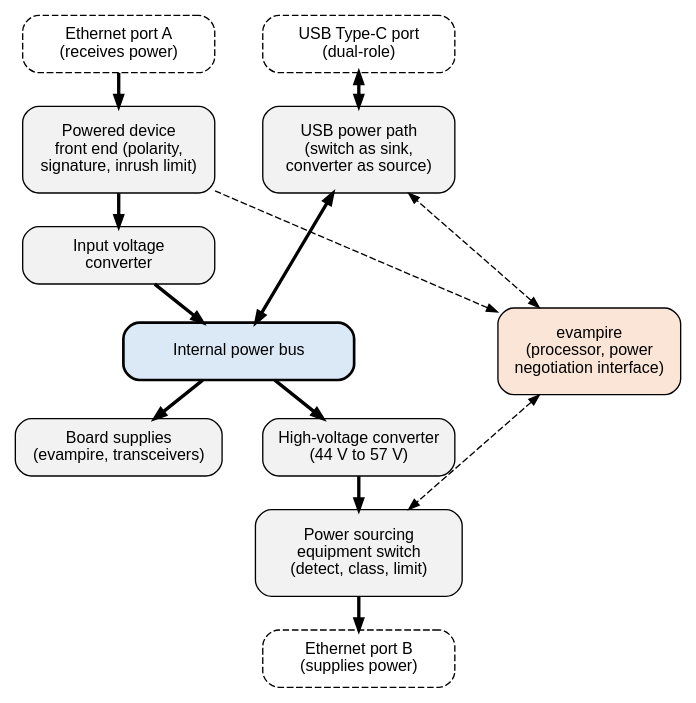
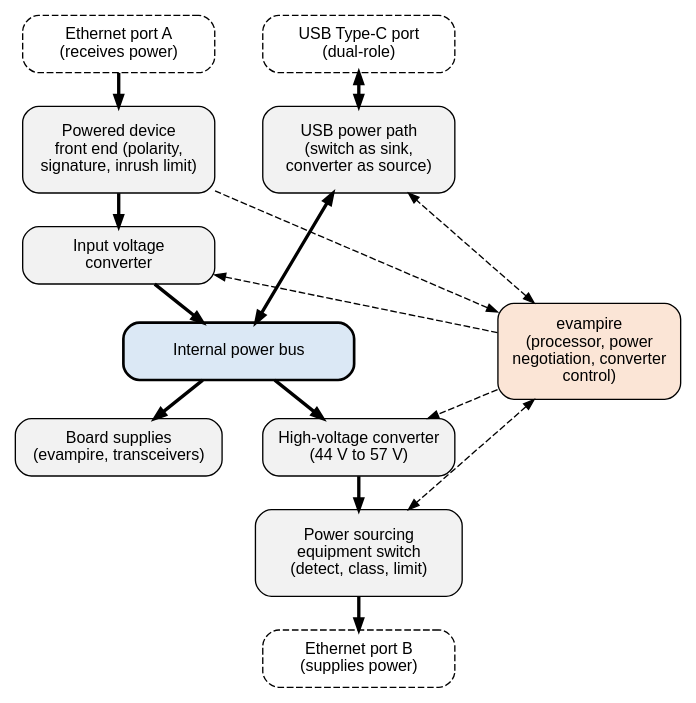
Before and after one commit to mithro/evampire: the diagram in docs/power/index/power-flow.dot, drawn with Graphviz. The commit also changed 3 other files, not shown here.

First line of the commit message:
Require the voltage converter functions on evampire

```diff
--- a/docs/power/index/power-flow.dot
+++ b/docs/power/index/power-flow.dot
@@ -1,59 +1,61 @@
 // Power flow on a board built around evampire (first version).
 // Bold arrows: power. Dashed arrows: control and status.
 //
 // The blocks are placed on a fixed grid (positions in inches) so that the
 // diagram reads top to bottom and fits the width of a documentation page:
 //
 //   column 1 (x=1.2)  Ethernet port A input path, board supplies
 //   column 2 (x=3.7)  USB Type-C path, Ethernet port B output path
 //   column 3 (x=6.1)  evampire
 //
 // SPDX-License-Identifier: Apache-2.0
 
 digraph power_flow {
     graph [layout=neato, splines=false, overlap=true, fontname="Helvetica"];
     node  [shape=box, style="rounded,filled", fillcolor="#f2f2f2",
            fontname="Helvetica", fontsize=12, width=2.0, height=0.6,
            fixedsize=true];
     edge  [arrowsize=0.8];
 
     rj45_a [pos="1.2,8.0!", label="Ethernet port A\n(receives power)",
             fillcolor="#ffffff", style="rounded,filled,dashed"];
     usbc   [pos="3.7,8.0!", label="USB Type-C port\n(dual-role)",
             fillcolor="#ffffff", style="rounded,filled,dashed"];
 
     pd     [pos="1.2,6.9!", height=0.9,
             label="Powered device\nfront end (polarity,\nsignature, inrush limit)"];
     usbpp  [pos="3.7,6.9!", height=0.9,
             label="USB power path\n(switch as sink,\nconverter as source)"];
 
     dcin   [pos="1.2,5.8!", label="Input voltage\nconverter"];
 
     bus    [pos="2.45,4.8!", width=2.4, label="Internal power bus",
             style="rounded,filled,bold", fillcolor="#dbe8f5"];
 
     loads  [pos="1.2,3.8!", width=2.15, label="Board supplies\n(evampire, transceivers)"];
     hv     [pos="3.7,3.8!", label="High-voltage converter\n(44 V to 57 V)"];
     pse    [pos="3.7,2.7!", height=0.9, width=2.15,
             label="Power sourcing\nequipment switch\n(detect, class, limit)"];
     rj45_b [pos="3.7,1.6!", label="Ethernet port B\n(supplies power)",
             fillcolor="#ffffff", style="rounded,filled,dashed"];
 
-    evampire [pos="6.1,4.8!", width=1.9, height=0.9,
-              label="evampire\n(processor, power\nnegotiation interface)",
+    evampire [pos="6.1,4.8!", width=1.9, height=1.0,
+              label="evampire\n(processor, power\nnegotiation, converter\ncontrol)",
               fillcolor="#fbe5d6"];
 
     rj45_a -> pd     [penwidth=2.5];
     pd     -> dcin   [penwidth=2.5];
     dcin   -> bus    [penwidth=2.5];
     usbc   -> usbpp  [penwidth=2.5, dir=both];
     usbpp  -> bus    [penwidth=2.5, dir=both];
     bus    -> loads  [penwidth=2.5];
     bus    -> hv     [penwidth=2.5];
     hv     -> pse    [penwidth=2.5];
     pse    -> rj45_b [penwidth=2.5];
 
     evampire -> pd    [style=dashed, dir=back];
+    evampire -> dcin  [style=dashed];
+    evampire -> hv    [style=dashed];
     evampire -> usbpp [style=dashed, dir=both];
     evampire -> pse   [style=dashed, dir=both];
 }
```
